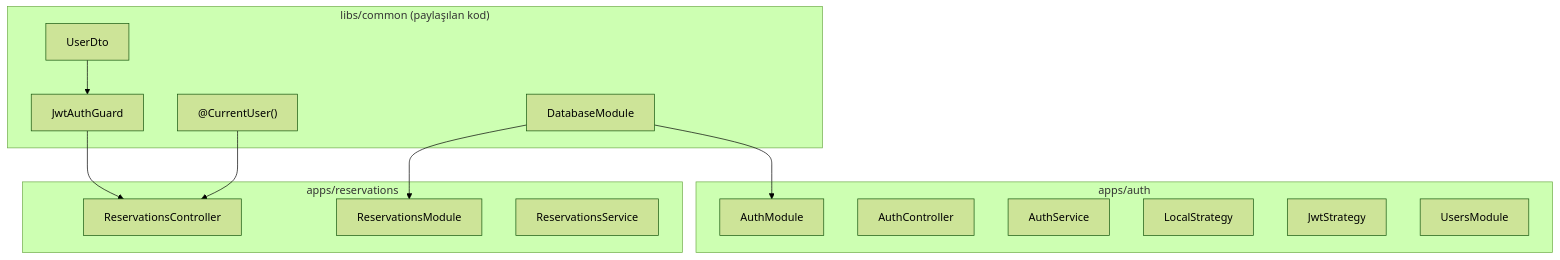
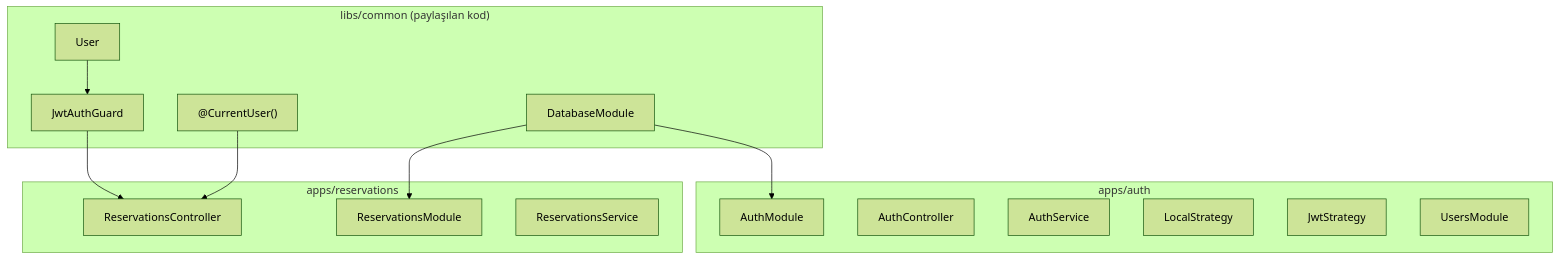
Before and after one commit to HuseyinKaraman/nestjs-microservice: the seventh of 7 diagrams in docs/ARCHITECTURE.md, drawn with Mermaid (forest theme). The commit also changed other lines of this file and 37 other files, not shown here.

````diff
--- a/docs/ARCHITECTURE.md
+++ b/docs/ARCHITECTURE.md
@@ -204,30 +204,30 @@
 ```mermaid
 graph TB
     subgraph "libs/common (paylaşılan kod)"
         LG["JwtAuthGuard"]
         LD["@CurrentUser()"]
         LDB["DatabaseModule"]
-        LDTO["UserDto"]
+        LDTO["User"]
     end
 
     subgraph "apps/auth"
         AM["AuthModule"]
         AC2["AuthController"]
         AS2["AuthService"]
         LS["LocalStrategy"]
         JS["JwtStrategy"]
         UM["UsersModule"]
     end
 
     subgraph "apps/reservations"
         RM["ReservationsModule"]
         RC2["ReservationsController"]
         RS2["ReservationsService"]
     end
 
     LG --> RC2
     LD --> RC2
     LDB --> AM
     LDB --> RM
     LDTO --> LG
 ```
````
